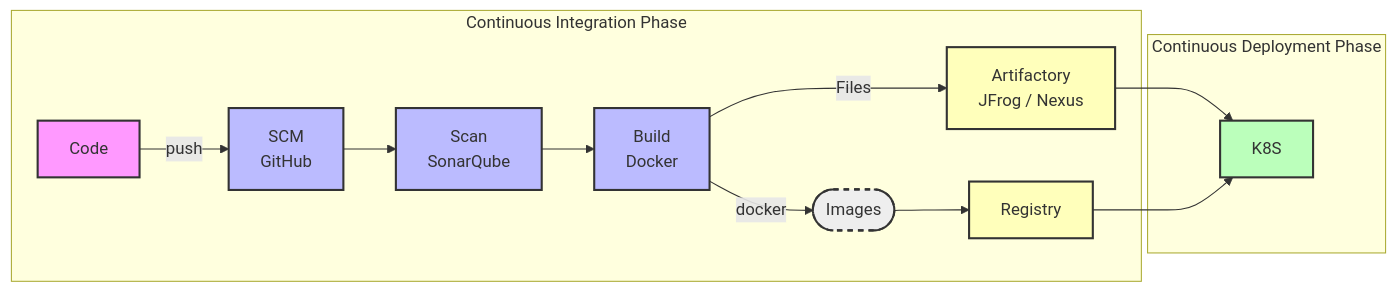
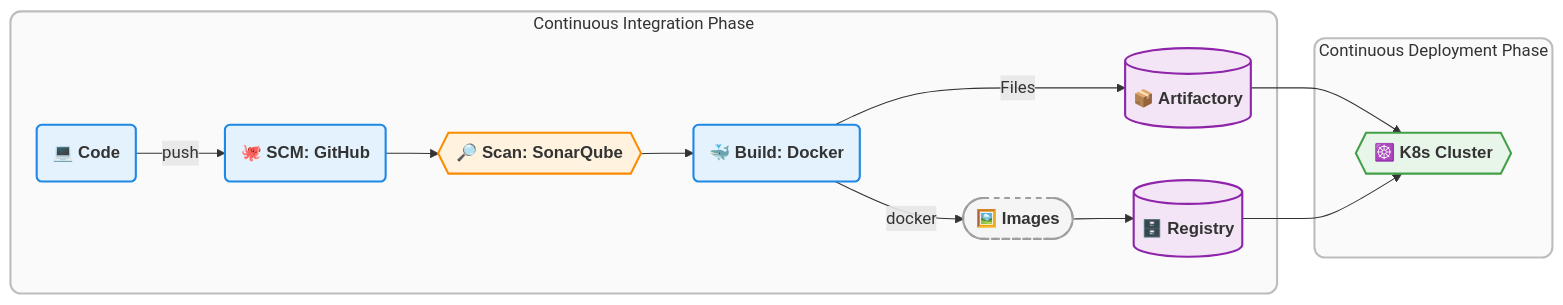
Before and after one commit to maratinikhil/Pipeline-Documentation: the second of 6 diagrams in README.md, drawn with Mermaid. The commit also changed other lines of this file, not shown here.

````diff
--- a/README.md
+++ b/README.md
@@ -60,28 +60,37 @@
 ```mermaid
 graph LR
     subgraph CI [Continuous Integration Phase]
-        A[Code] -- push --> B[SCM<br>GitHub]
-        B --> C[Scan<br>SonarQube]
-        C --> D[Build<br>Docker]
-
-        D -- Files --> E[Artifactory<br>JFrog / Nexus]
-        D -- docker --> F([Images])
-
-        F --> G[Registry]
+        A(💻 Code) -- push --> B(🐙 SCM: GitHub)
+        B --> C{{🔎 Scan: SonarQube}}
+        C --> D(🐳 Build: Docker)
+        
+        D -- Files --> E[(📦 Artifactory)]
+        D -- docker --> F([🖼️ Images])
+        
+        F --> G[(🗄️ Registry)]
     end
-
+    
     subgraph CD [Continuous Deployment Phase]
-        E --> H[K8S]
+        E --> H{{☸️ K8s Cluster}}
         G --> H
     end
+    
+    %% Modern Class Definitions for cleaner styling
+    classDef default font-family:sans-serif,font-weight:bold,color:#333;
+    classDef source fill:#e3f2fd,stroke:#1e88e5,stroke-width:2px;
+    classDef testing fill:#fff3e0,stroke:#fb8c00,stroke-width:2px;
+    classDef storage fill:#f3e5f5,stroke:#8e24aa,stroke-width:2px;
+    classDef deploy fill:#e8f5e9,stroke:#43a047,stroke-width:2px;
+    classDef intermediary fill:#f5f5f5,stroke:#9e9e9e,stroke-width:2px,stroke-dasharray: 5 5;
+    
+    %% Applying the styles to the nodes
+    class A,B,D source;
+    class C testing;
+    class E,G storage;
+    class F intermediary;
+    class H deploy;
 
-    %% Styling
-    style A fill:#f9f,stroke:#333,stroke-width:2px
-    style B fill:#bbf,stroke:#333,stroke-width:2px
-    style C fill:#bbf,stroke:#333,stroke-width:2px
-    style D fill:#bbf,stroke:#333,stroke-width:2px
-    style E fill:#ffb,stroke:#333,stroke-width:2px
-    style F fill:#eee,stroke:#333,stroke-width:2px,stroke-dasharray: 5 5
-    style G fill:#ffb,stroke:#333,stroke-width:2px
-    style H fill:#bfb,stroke:#333,stroke-width:2px
+    %% Styling the Subgraph backgrounds with rounded corners
+    style CI fill:#fafafa,stroke:#bdbdbd,stroke-width:2px,rx:10,ry:10
+    style CD fill:#fafafa,stroke:#bdbdbd,stroke-width:2px,rx:10,ry:10
 ```
````
